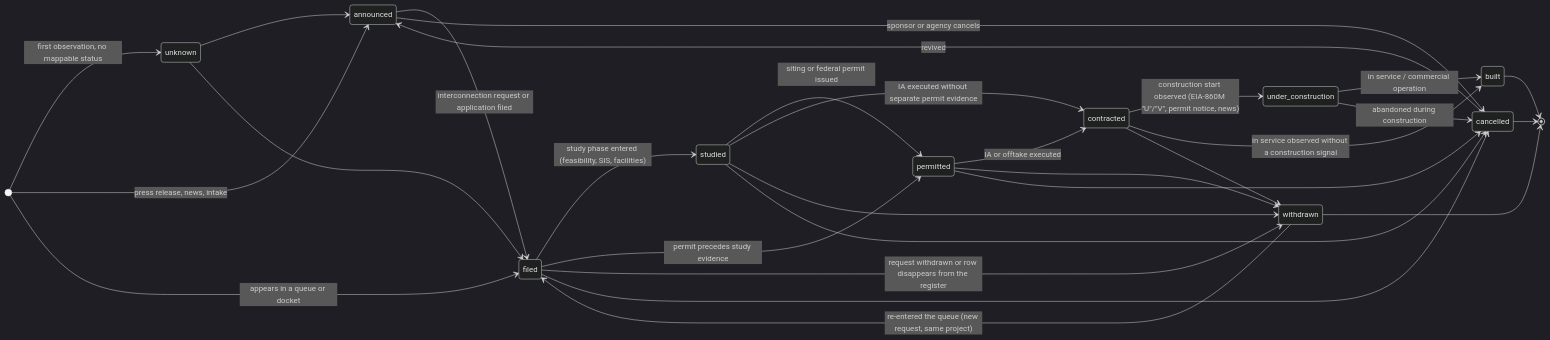
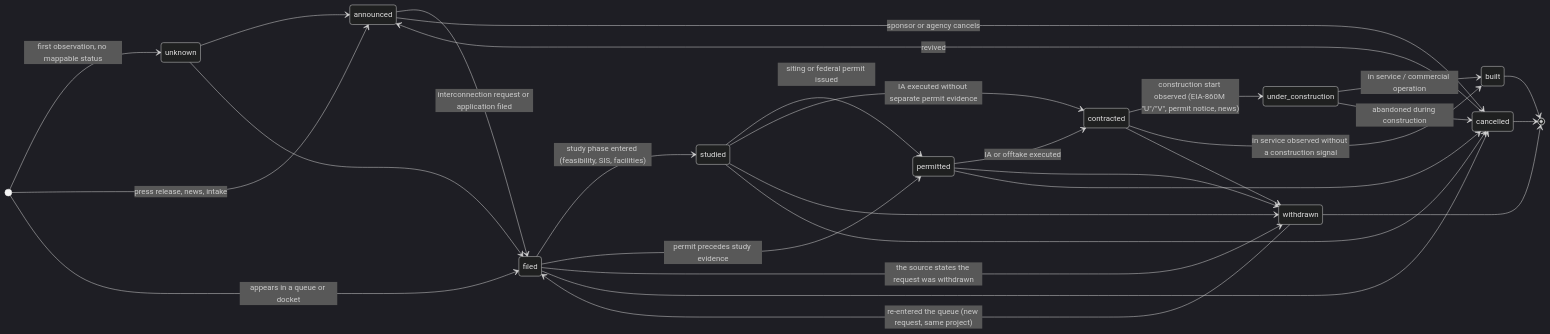
The second of 3 diagrams in docs/21-data-model.md (Tobombadil/Bankable), drawn with Mermaid (dark theme) before and after one commit. The commit also changed other lines of this file and 26 other files, not shown here.

````diff
--- a/docs/21-data-model.md
+++ b/docs/21-data-model.md
@@ -1561,32 +1566,32 @@
 ```mermaid
 stateDiagram-v2
   direction LR
   [*] --> unknown: first observation, no mappable status
   [*] --> announced: press release, news, intake
   [*] --> filed: appears in a queue or docket
   unknown --> announced
   unknown --> filed
   announced --> filed: interconnection request or application filed
   filed --> studied: study phase entered (feasibility, SIS, facilities)
   studied --> permitted: siting or federal permit issued
   filed --> permitted: permit precedes study evidence
   permitted --> contracted: IA or offtake executed
   studied --> contracted: IA executed without separate permit evidence
   contracted --> under_construction: construction start observed (EIA-860M "U"/"V", permit notice, news)
   under_construction --> built: in service / commercial operation
   contracted --> built: in service observed without a construction signal
   under_construction --> cancelled: abandoned during construction
-  filed --> withdrawn: request withdrawn or row disappears from the register
+  filed --> withdrawn: the source states the request was withdrawn
   studied --> withdrawn
   permitted --> withdrawn
   contracted --> withdrawn
   announced --> cancelled: sponsor or agency cancels
   filed --> cancelled
   studied --> cancelled
   permitted --> cancelled
   withdrawn --> filed: re-entered the queue (new request, same project)
   cancelled --> announced: revived
   built --> [*]
   withdrawn --> [*]
   cancelled --> [*]
 ```
````
